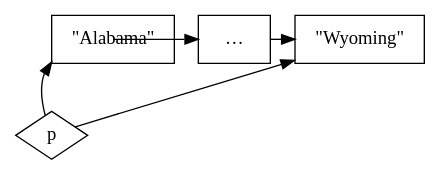
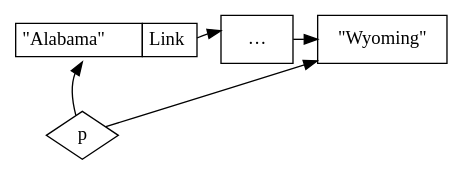
The diagram in list.dot (ronan-d/separation-logic-presentation), drawn with Graphviz before and after one commit.

Commit message:
Checkpoint

```diff
--- a/list.dot
+++ b/list.dot
@@ -1,21 +1,28 @@
 digraph List {
     rankdir = BT;
 
     p [shape = diamond, label = p, group = "first"]
 
     node [shape=box];
 
     subgraph cells {
         rank=same;
 
-        c1 [label = "\"Alabama\"", group = "first"]
+        c1 [group = "first", shape=plaintext, margin=0, label = <
+            <TABLE BORDER="0" CELLBORDER="1" CELLSPACING="0" CELLPADDING="4">
+                <TR>
+                    <TD> "Alabama" </TD>
+                    <TD PORT="link">Link</TD>
+                </TR>
+            </TABLE>
+        >]
         c2 [label = "…"]
         c3 [label = "\"Wyoming\""]
 
-        c1 -> c2 [tailclip = false];
+        c1 -> c2 [tailclip = false, tailport = link];
         c2 -> c3;
     }
 
     p -> c1 [headport = sw];
     p -> c3;
 }
```
